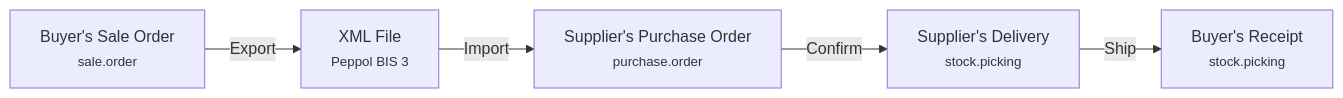
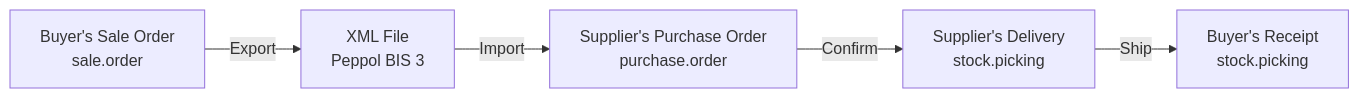
Before and after one commit to pran-odoo/odoo-training: the sixth of 10 diagrams in docs/19-examples.md, drawn with Mermaid. The commit also changed other lines of this file and 6 other files, not shown here.

First line of the commit message:
Remove HTML br tags from Mermaid diagrams

````diff
--- a/docs/19-examples.md
+++ b/docs/19-examples.md
@@ -176,7 +197,12 @@
 ```mermaid
 graph LR
-    BSO[Buyer's Sale Order<br><small>sale.order</small>] -->|Export| XML[XML File<br><small>Peppol BIS 3</small>]
-    XML -->|Import| SPO[Supplier's Purchase Order<br><small>purchase.order</small>]
-    SPO -->|Confirm| SPK[Supplier's Delivery<br><small>stock.picking</small>]
-    SPK -->|Ship| BPK[Buyer's Receipt<br><small>stock.picking</small>]
+    BSO["Buyer's Sale Order
+    sale.order"] -->|Export| XML["XML File
+    Peppol BIS 3"]
+    XML -->|Import| SPO["Supplier's Purchase Order
+    purchase.order"]
+    SPO -->|Confirm| SPK["Supplier's Delivery
+    stock.picking"]
+    SPK -->|Ship| BPK["Buyer's Receipt
+    stock.picking"]
 ```
````
